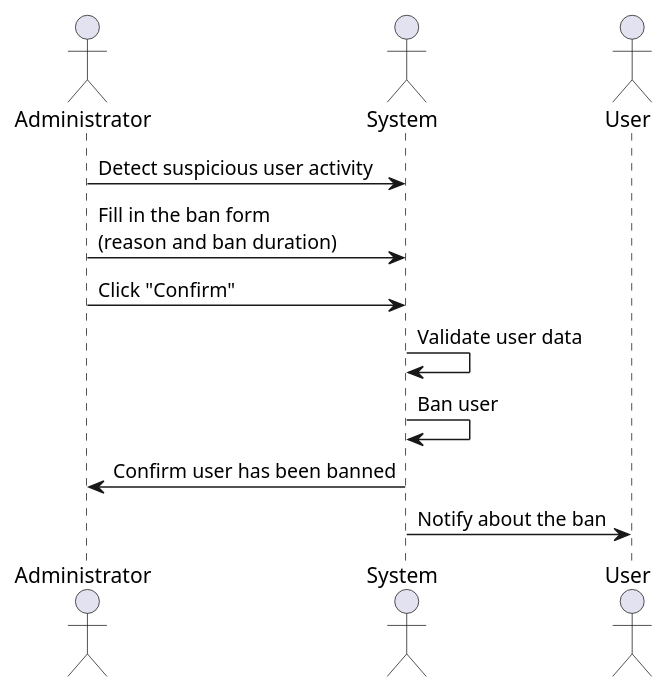
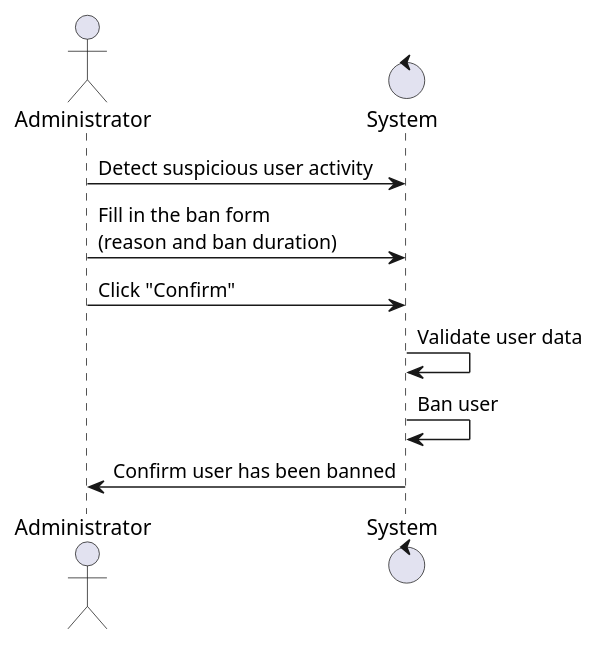
One commit to luckyscammer/IO-35_DB_gr4 changed diagram 18 of 21 in docs/use cases/README.md. Above: the diagram before and after it, drawn with PlantUML. The commit also changed other lines of this file, not shown here.

Commit message:
Fixed BanUser diagram

```diff
--- a/docs/use cases/README.md
+++ b/docs/use cases/README.md
@@ -388,15 +388,13 @@
 @startuml
 
 actor Administrator
-actor System
-actor User
+control System
 
 Administrator -> System: Detect suspicious user activity
 Administrator -> System: Fill in the ban form\n(reason and ban duration)
 Administrator -> System: Click "Confirm"
 System -> System: Validate user data
 System -> System: Ban user
 System -> Administrator: Confirm user has been banned
-System -> User: Notify about the ban
 
 @enduml
```
